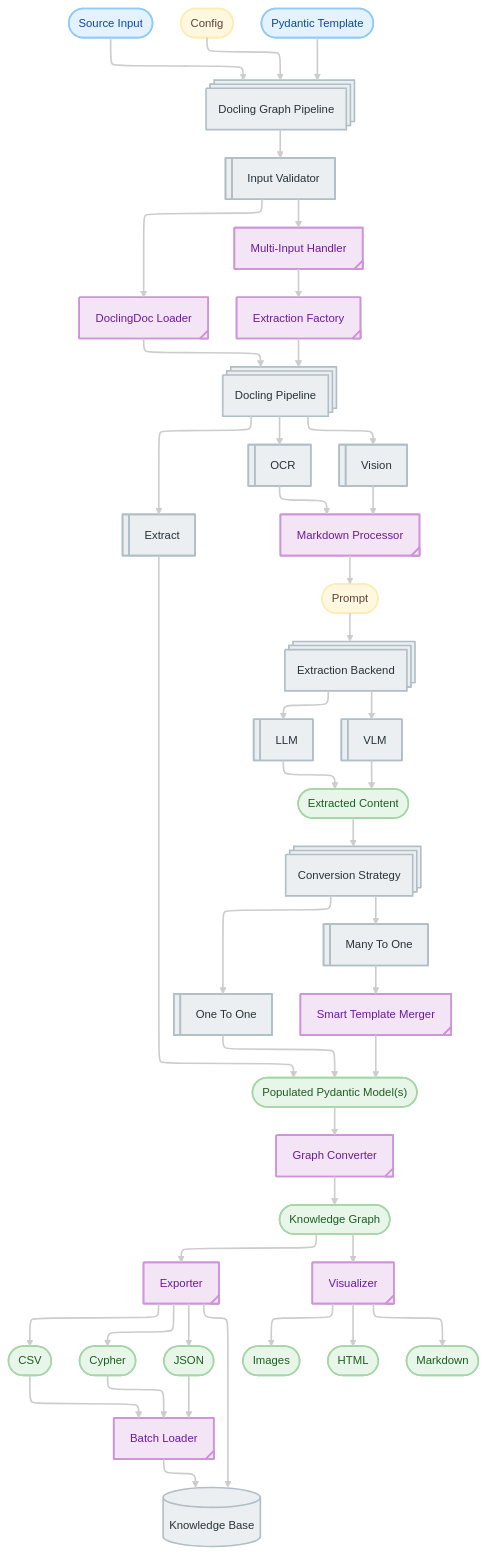
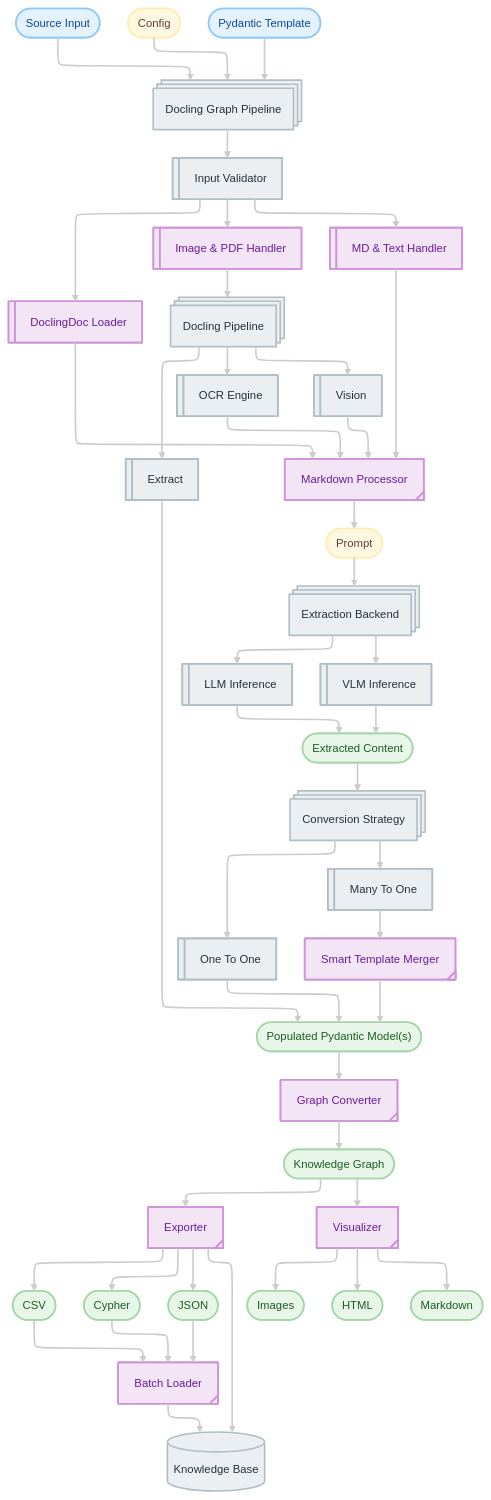
The diagram in docs/assets/flowcharts/architecture.md (docling-project/docling-graph), drawn with Mermaid before and after one commit. The commit also changed 29 other files, not shown here.

````diff
--- a/docs/assets/flowcharts/architecture.md
+++ b/docs/assets/flowcharts/architecture.md
@@ -17,21 +17,25 @@
 
     n4@{ shape: procs, label: "Docling Graph Pipeline" }
     n35@{ shape: lin-proc, label: "Input Validator" }
-    n37@{ shape: tag-proc, label: "Multi-Input Handler" }
-    n39@{ shape: tag-proc, label: "DoclingDoc Loader" }
-    n5@{ shape: tag-proc, label: "Extraction Factory" }
+    
+    %% HANDLERS
+    n37@{ shape: lin-proc, label: "Image & PDF Handler" }
+    n39@{ shape: lin-proc, label: "DoclingDoc Loader" }
+    n40@{ shape: lin-proc, label: "MD & Text Handler" }
+
+    %% Removed n5 (Extraction Factory)
 
     n6@{ shape: procs, label: "Docling Pipeline" }
     %% Defined first to prioritize placement
     n25@{ shape: lin-proc, label: "Extract" } 
-    n7@{ shape: lin-proc, label: "OCR" }
+    n7@{ shape: lin-proc, label: "OCR Engine" }
     n8@{ shape: lin-proc, label: "Vision" }
     n9@{ shape: tag-proc, label: "Markdown Processor" }
 
     n16@{ shape: terminal, label: "Prompt" }
     n13@{ shape: procs, label: "Extraction Backend" }
-    n14@{ shape: lin-proc, label: "LLM" }
-    n15@{ shape: lin-proc, label: "VLM" }
+    n14@{ shape: lin-proc, label: "LLM Inference" }
+    n15@{ shape: lin-proc, label: "VLM Inference" }
     n17@{ shape: terminal, label: "Extracted Content" }
 
     n10@{ shape: procs, label: "Conversion Strategy" }
@@ -58,12 +62,17 @@
     %% 3. Define Connections
     A & n2 & n3 --> n4
     n4 --> n35
-    n35 --> n37 & n39
     
-    n37 --> n5
-    n39 --> n6
+    %% Validator Routing
+    n35 --> n37 & n39 & n40
     
-    n5 --> n6
+    %% HANDLER CONNECTIONS
+    %% n37 (Image/PDF) -> n6 (Pipeline/OCR) -> n9 (Markdown)
+    n37 --> n6
+    
+    %% n39 (Loader) & n40 (Text) -> Direct to n9 (Markdown)
+    n39 --> n9
+    n40 --> n9
     
     %% n25 first to encourage left placement
     n6 --> n25 & n7 & n8
@@ -94,6 +103,6 @@
     class A,n3 input
     class n2,n16 config
     class n4,n35,n6,n7,n8,n25,n13,n14,n15,n10,n11,n12,n33 process
-    class n37,n39,n5,n9,n18,n21,n23,n34,n24 operator
+    class n37,n39,n40,n9,n18,n21,n23,n34,n24 operator
     class n17,n20,n22,n29,n30,n31,n28,n27,n26 output
 ```
````
